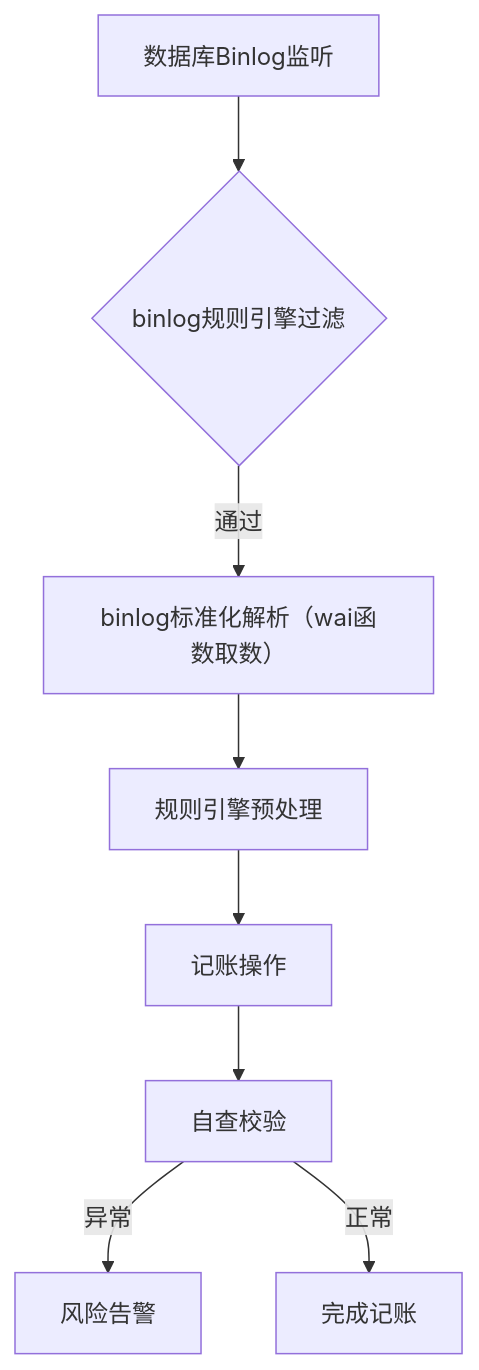
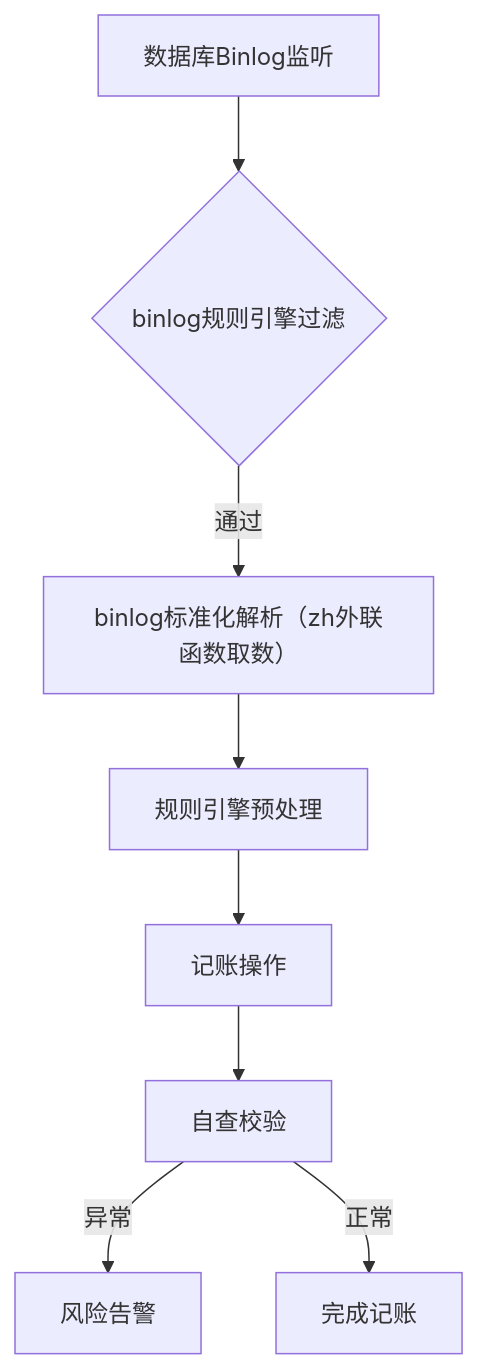
Before and after one commit to 87828943/iodraw-files: the diagram in all/架构流程.md, drawn with Mermaid.

Commit message:
2025-07-07 10:56:22 update

````diff
--- a/all/架构流程.md
+++ b/all/架构流程.md
@@ -1,10 +1,10 @@
 ```mermaid
 graph TD
     A[数据库Binlog监听] --> B{binlog规则引擎过滤}
-    B -->|通过| C[binlog标准化解析（wai函数取数）]
+    B -->|通过| C[binlog标准化解析（zh外联函数取数）]
     C --> D[规则引擎预处理]
     D --> E[记账操作]
     E --> F[自查校验]
     F -->|异常| G[风险告警]
     F -->|正常| H[完成记账]
 ```
````
